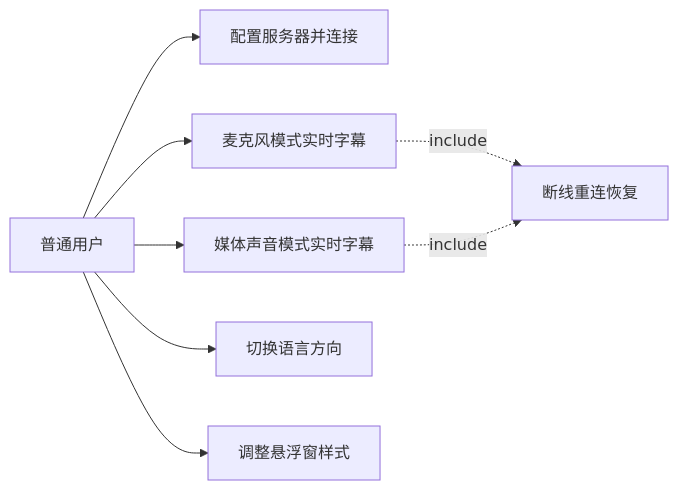
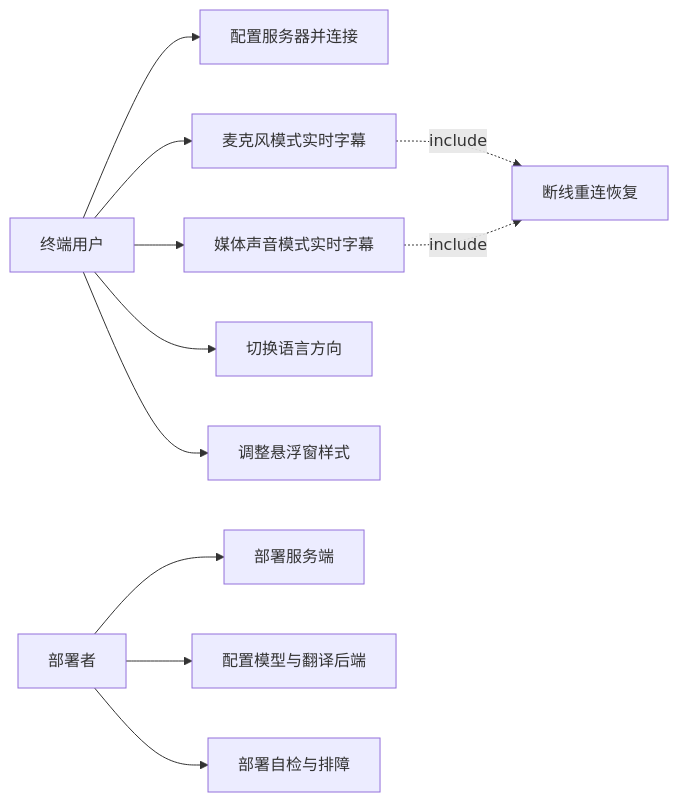
The second of 2 diagrams in docs/01-需求规格说明书.md (Sloughel/realtime-bilingual-subtitle), drawn with Mermaid before and after one commit. The commit also changed other lines of this file and 2 other files, not shown here.

````diff
--- a/docs/01-需求规格说明书.md
+++ b/docs/01-需求规格说明书.md
@@ -88,11 +99,15 @@
 ```mermaid
 flowchart LR
-    U[普通用户]
+    U[终端用户]
+    D[部署者]
     U --> UC1[配置服务器并连接]
     U --> UC2[麦克风模式实时字幕]
     U --> UC3[媒体声音模式实时字幕]
     U --> UC4[切换语言方向]
     U --> UC5[调整悬浮窗样式]
+    D --> UC7[部署服务端]
+    D --> UC8[配置模型与翻译后端]
+    D --> UC9[部署自检与排障]
     UC2 -.include.-> UC6[断线重连恢复]
     UC3 -.include.-> UC6
 ```
````
